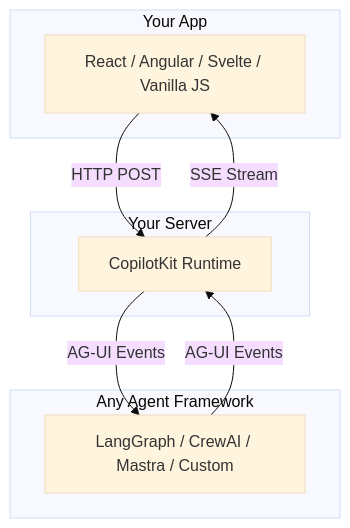
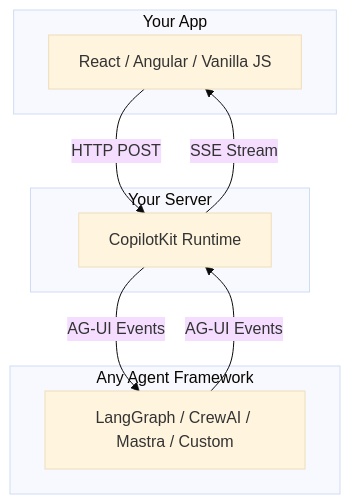
One commit to CopilotKit/CopilotKit changed the first of 4 diagrams in dev-docs/architecture/ARCHITECTURE.md. Above: the diagram before and after it, drawn with Mermaid (base theme). The commit also changed other lines of this file and 2 other files, not shown here.

Commit message:
docs(svelte): publish compatibility guide

````diff
--- a/dev-docs/architecture/ARCHITECTURE.md
+++ b/dev-docs/architecture/ARCHITECTURE.md
@@ -9,19 +9,19 @@
 ```mermaid
 graph TB
     subgraph Your App
-        A[React / Angular / Svelte / Vanilla JS]
+        A[React / Angular / Vanilla JS]
     end
 
     subgraph Your Server
         B[CopilotKit Runtime]
     end
 
     subgraph Any Agent Framework
         C[LangGraph / CrewAI / Mastra / Custom]
     end
 
     A -->|HTTP POST| B
     B -->|AG-UI Events| C
     C -->|AG-UI Events| B
     B -->|SSE Stream| A
 ```
````
